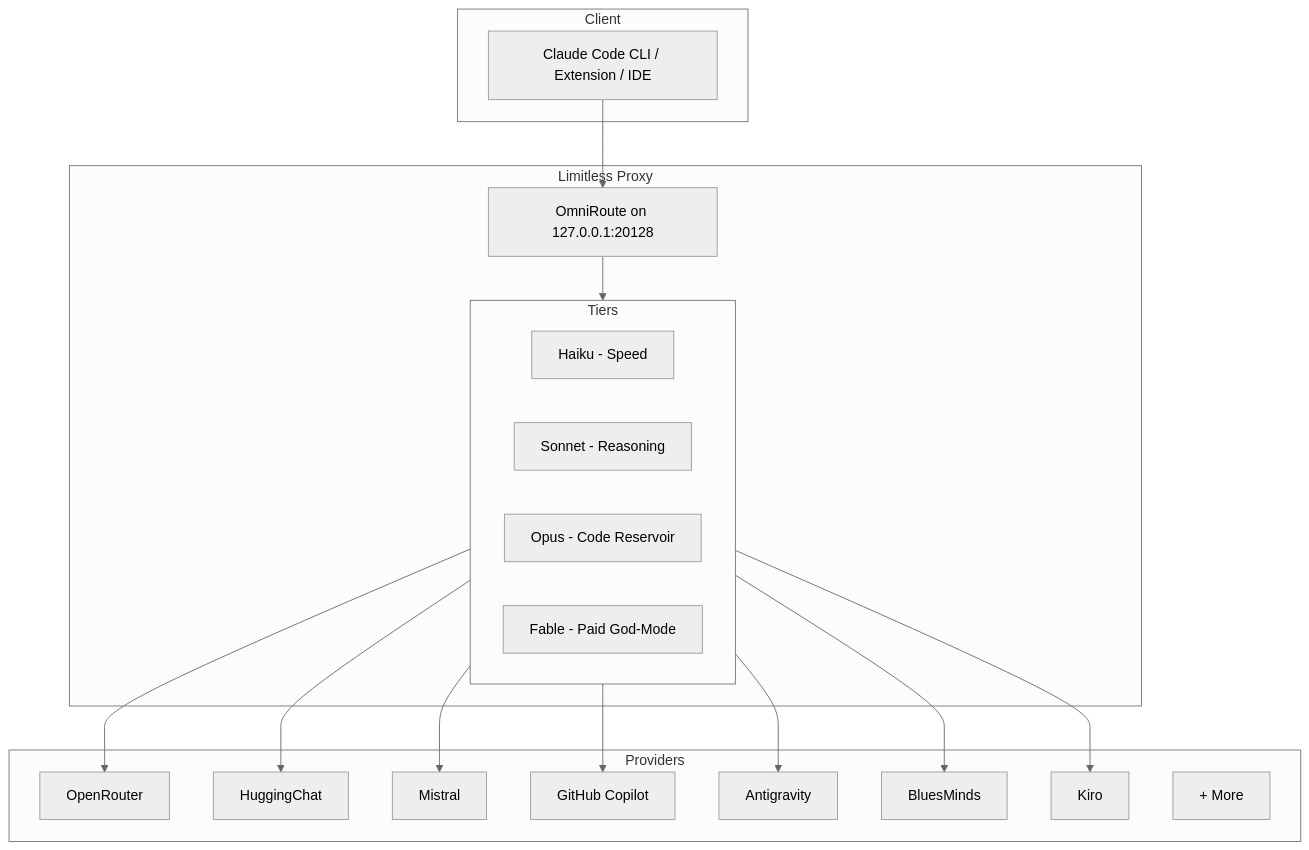
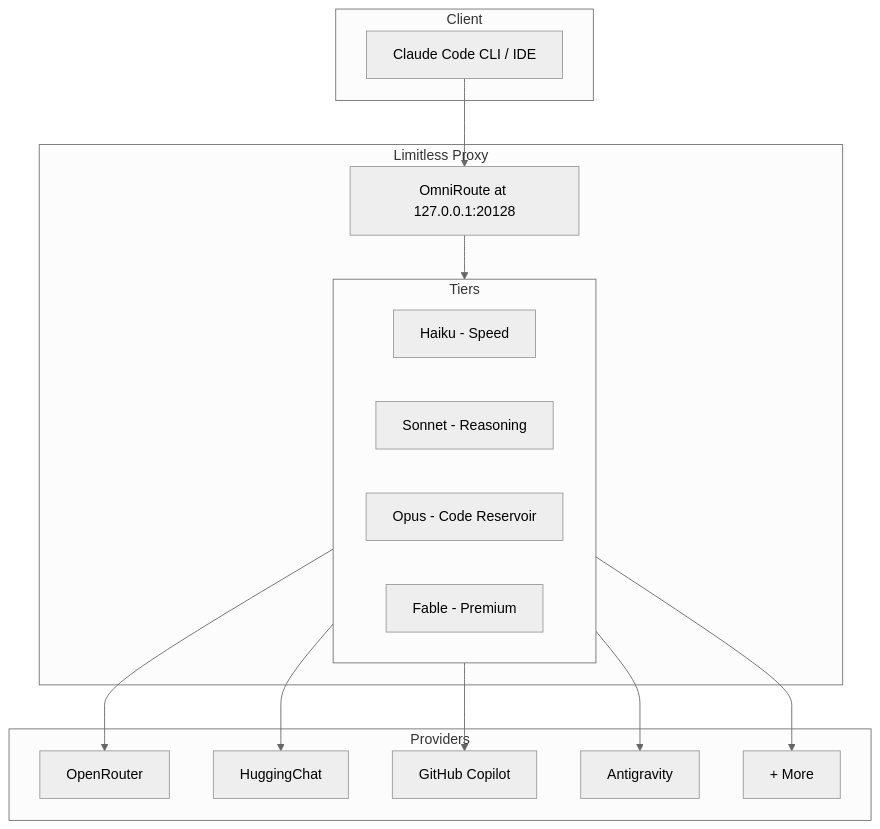
One commit to mahik504/limitless-claude changed the diagram in README.md. Above: the diagram before and after it, drawn with Mermaid (neutral theme). The commit also changed other lines of this file, not shown here.

````diff
--- a/README.md
+++ b/README.md
@@ -17,37 +26,32 @@
 ```mermaid
 flowchart TD
     subgraph Client
-        CC[Claude Code CLI / Extension / IDE]
+        CC[Claude Code CLI / IDE]
     end
 
     subgraph Limitless Proxy
-        OR[OmniRoute on 127.0.0.1:20128]
+        OR[OmniRoute at 127.0.0.1:20128]
         subgraph Tiers
             H[Haiku - Speed]
             S[Sonnet - Reasoning]
             O[Opus - Code Reservoir]
-            F[Fable - Paid God-Mode]
+            F[Fable - Premium]
         end
     end
 
     subgraph Providers
         P1[OpenRouter]
         P2[HuggingChat]
-        P3[Mistral]
-        P4[GitHub Copilot]
-        P5[Antigravity]
-        P6[BluesMinds]
-        P7[Kiro]
-        P8[+ More]
+        P3[GitHub Copilot]
+        P4[Antigravity]
+        P5[+ More]
     end
 
     CC --> OR
     OR --> Tiers
     Tiers --> P1
     Tiers --> P2
     Tiers --> P3
     Tiers --> P4
     Tiers --> P5
-    Tiers --> P6
-    Tiers --> P7
 ```
````
